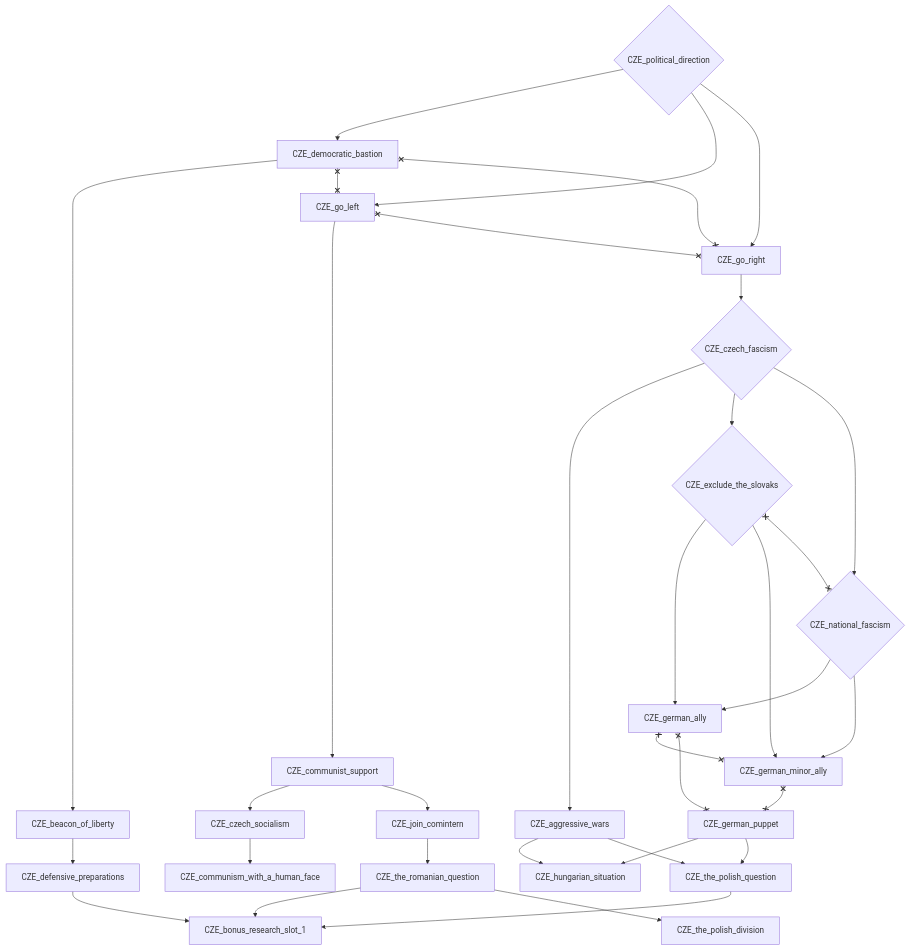
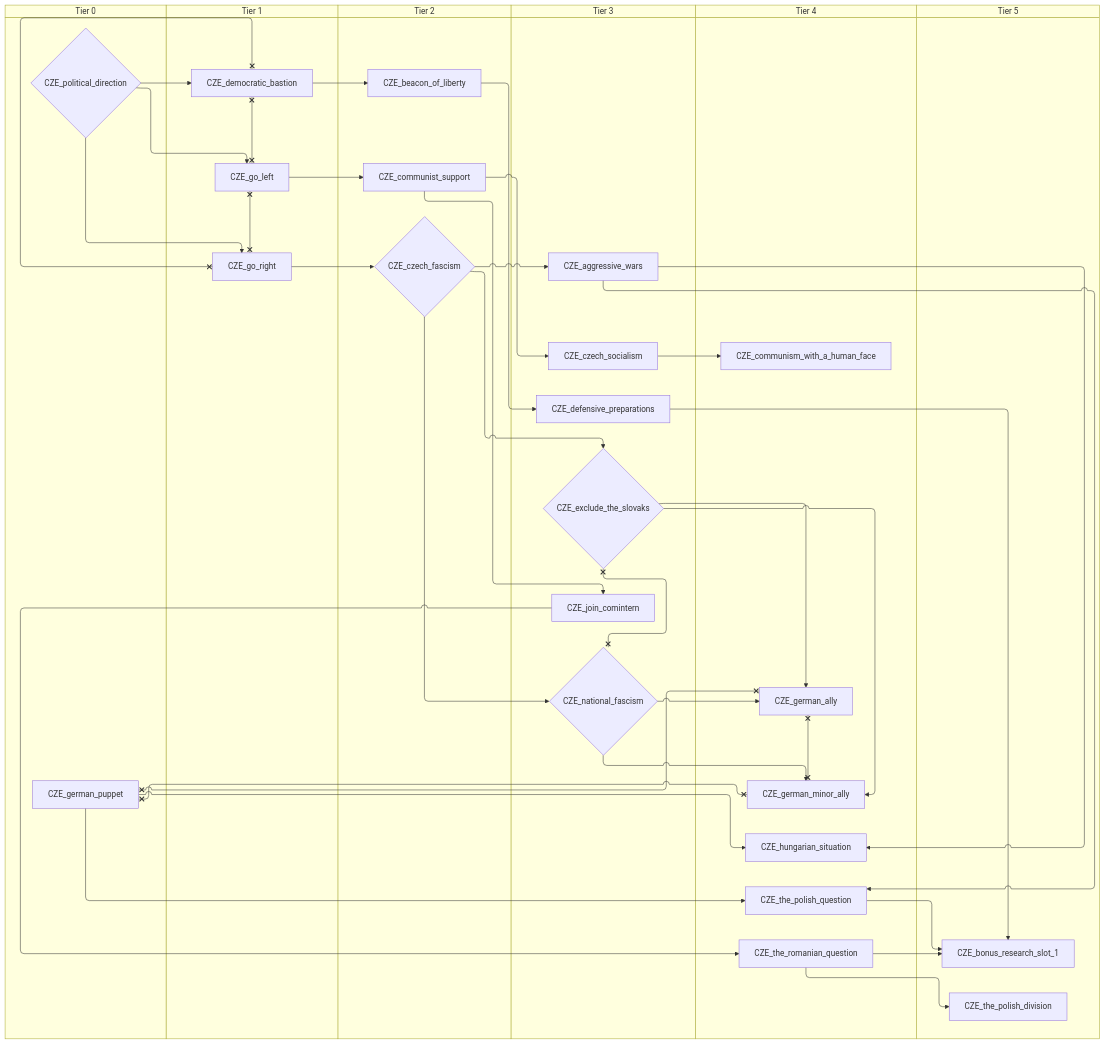
One commit to evgeny-sobol/hoi4-sandbox-mode-r56 changed the sixth of 8 diagrams in docs/gdd/National Focuses/r56/czechoslovakia.md. Above: the diagram before and after it, drawn with Mermaid. The commit also changed other lines of this file and 423 other files, not shown here.

First line of the commit message:
Re-export Rt56 focus trees as swimlane diagrams

````diff
--- a/docs/gdd/National Focuses/r56/czechoslovakia.md
+++ b/docs/gdd/National Focuses/r56/czechoslovakia.md
@@ -135,58 +179,70 @@
 ```mermaid
-flowchart TD
-    n49["CZE_aggressive_wars"]
-    n50["CZE_beacon_of_liberty"]
-    n51["CZE_bonus_research_slot_1"]
-    n52["CZE_communism_with_a_human_face"]
-    n53["CZE_communist_support"]
-    n54{"CZE_czech_fascism"}
-    n55["CZE_czech_socialism"]
-    n56["CZE_defensive_preparations"]
-    n57["CZE_democratic_bastion"]
-    n58{"CZE_exclude_the_slovaks"}
-    n59["CZE_german_ally"]
-    n60["CZE_german_minor_ally"]
-    n61["CZE_german_puppet"]
-    n62["CZE_go_left"]
-    n63["CZE_go_right"]
-    n64["CZE_hungarian_situation"]
-    n65["CZE_join_comintern"]
-    n66{"CZE_national_fascism"}
-    n67{"CZE_political_direction"}
-    n68["CZE_the_polish_division"]
-    n69["CZE_the_polish_question"]
-    n70["CZE_the_romanian_question"]
-    n54 --> n49
-    n57 --> n50
-    n70 --> n51
-    n56 --> n51
-    n69 --> n51
-    n55 --> n52
-    n62 --> n53
-    n63 --> n54
-    n53 --> n55
-    n50 --> n56
-    n67 --> n57
-    n54 --> n58
-    n58 --> n59
-    n66 --> n59
-    n58 --> n60
-    n66 --> n60
-    n67 --> n62
-    n67 --> n63
-    n61 --> n64
-    n49 --> n64
-    n53 --> n65
-    n54 --> n66
-    n70 --> n68
-    n49 --> n69
-    n61 --> n69
-    n65 --> n70
-    n57 x--x n62
-    n57 x--x n63
-    n58 x--x n66
-    n59 x--x n60
-    n59 x--x n61
-    n60 x--x n61
-    n62 x--x n63
+swimlane-beta TD
+    subgraph tier_0["Tier 0"]
+        n49["CZE_german_puppet"]
+        n50{"CZE_political_direction"}
+    end
+    subgraph tier_1["Tier 1"]
+        n51["CZE_democratic_bastion"]
+        n52["CZE_go_left"]
+        n53["CZE_go_right"]
+    end
+    subgraph tier_2["Tier 2"]
+        n54["CZE_beacon_of_liberty"]
+        n55["CZE_communist_support"]
+        n56{"CZE_czech_fascism"}
+    end
+    subgraph tier_3["Tier 3"]
+        n57["CZE_aggressive_wars"]
+        n58["CZE_czech_socialism"]
+        n59["CZE_defensive_preparations"]
+        n60{"CZE_exclude_the_slovaks"}
+        n61["CZE_join_comintern"]
+        n62{"CZE_national_fascism"}
+    end
+    subgraph tier_4["Tier 4"]
+        n63["CZE_communism_with_a_human_face"]
+        n64["CZE_german_ally"]
+        n65["CZE_german_minor_ally"]
+        n66["CZE_hungarian_situation"]
+        n67["CZE_the_polish_question"]
+        n68["CZE_the_romanian_question"]
+    end
+    subgraph tier_5["Tier 5"]
+        n69["CZE_bonus_research_slot_1"]
+        n70["CZE_the_polish_division"]
+    end
+    n56 --> n57
+    n51 --> n54
+    n68 --> n69
+    n59 --> n69
+    n67 --> n69
+    n58 --> n63
+    n52 --> n55
+    n53 --> n56
+    n55 --> n58
+    n54 --> n59
+    n50 --> n51
+    n56 --> n60
+    n60 --> n64
+    n62 --> n64
+    n60 --> n65
+    n62 --> n65
+    n50 --> n52
+    n50 --> n53
+    n49 --> n66
+    n57 --> n66
+    n55 --> n61
+    n56 --> n62
+    n68 --> n70
+    n57 --> n67
+    n49 --> n67
+    n61 --> n68
+    n51 x--x n52
+    n51 x--x n53
+    n60 x--x n62
+    n64 x--x n65
+    n64 x--x n49
+    n65 x--x n49
+    n52 x--x n53
 ```
````
